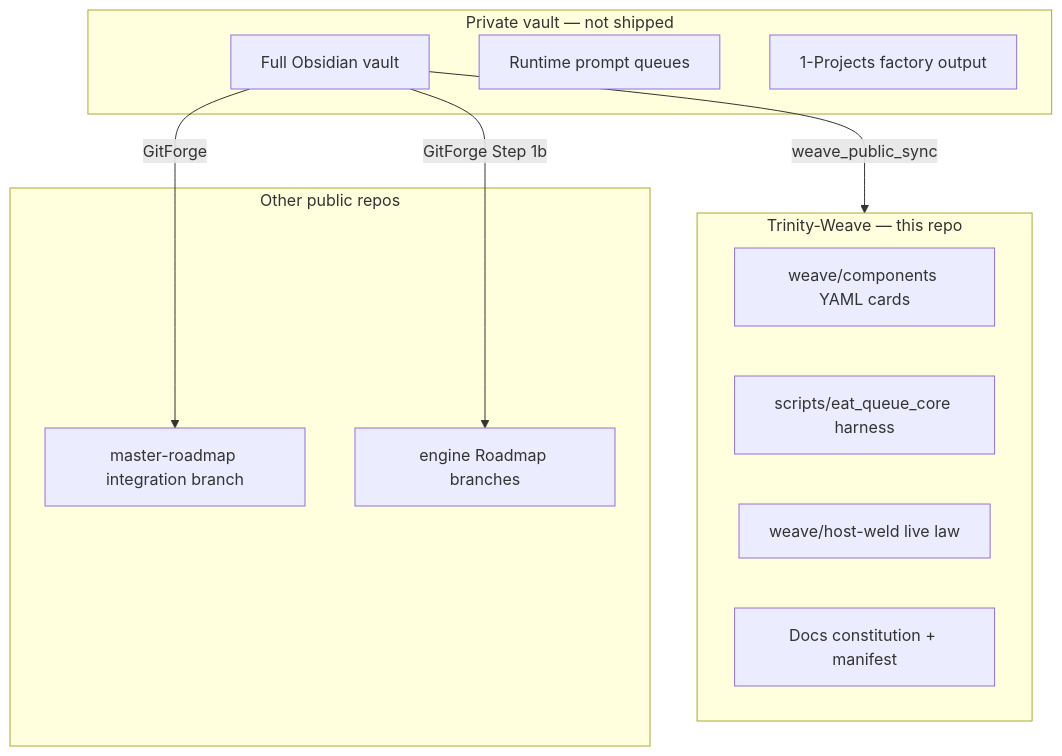
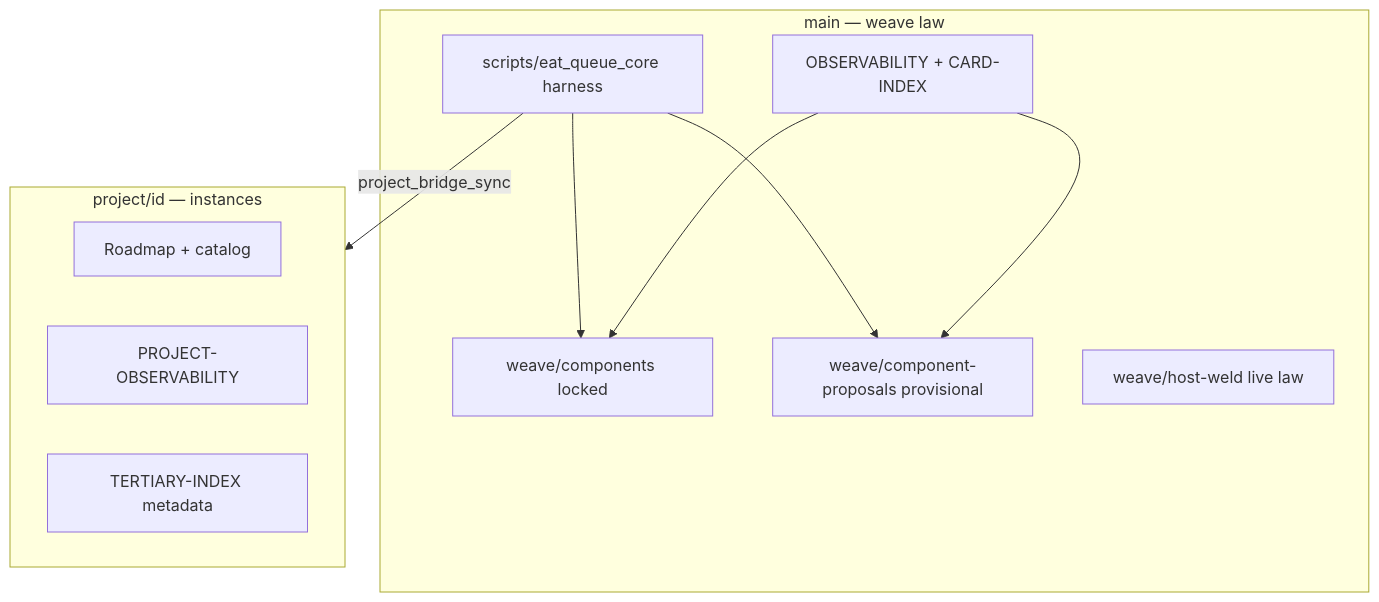
Before and after one commit to L0RDTH0TH/Trinity-Weave: the diagram in Docs/ARCHITECTURE-OVERVIEW.md, drawn with Mermaid. The commit also changed other lines of this file and 22 other files, not shown here.

Commit message:
chore(weave): public sync Scrub public entry: Trinity architecture only, no gmmr/history bleed

````diff
--- a/Docs/ARCHITECTURE-OVERVIEW.md
+++ b/Docs/ARCHITECTURE-OVERVIEW.md
@@ -15,24 +16,22 @@
 ```mermaid
 flowchart TB
-  subgraph public [Trinity-Weave — this repo]
-    CARDS[weave/components YAML cards]
+  subgraph main_br [main — weave law]
+    CARDS[weave/components locked]
+    PROP[weave/component-proposals provisional]
     HARNESS[scripts/eat_queue_core harness]
     HOST[weave/host-weld live law]
-    DOCS[Docs constitution + manifest]
+    IDX[OBSERVABILITY + CARD-INDEX]
   end
 
-  subgraph private [Private vault — not shipped]
-    VAULT[Full Obsidian vault]
-    QUEUE[Runtime prompt queues]
-    PROJECTS[1-Projects factory output]
+  subgraph proj_br [project/id — instances]
+    ROAD[Roadmap + catalog]
+    POBS[PROJECT-OBSERVABILITY]
+    TERT[TERTIARY-INDEX metadata]
   end
 
-  subgraph other_public [Other public repos]
-    INTEG[master-roadmap integration branch]
-    ENGINE[engine Roadmap branches]
-  end
-
-  VAULT -->|weave_public_sync| public
-  VAULT -->|GitForge| INTEG
-  VAULT -->|GitForge Step 1b| ENGINE
+  HARNESS --> CARDS
+  HARNESS --> PROP
+  HARNESS -->|project_bridge_sync| proj_br
+  IDX --> CARDS
+  IDX --> PROP
 ```
````
